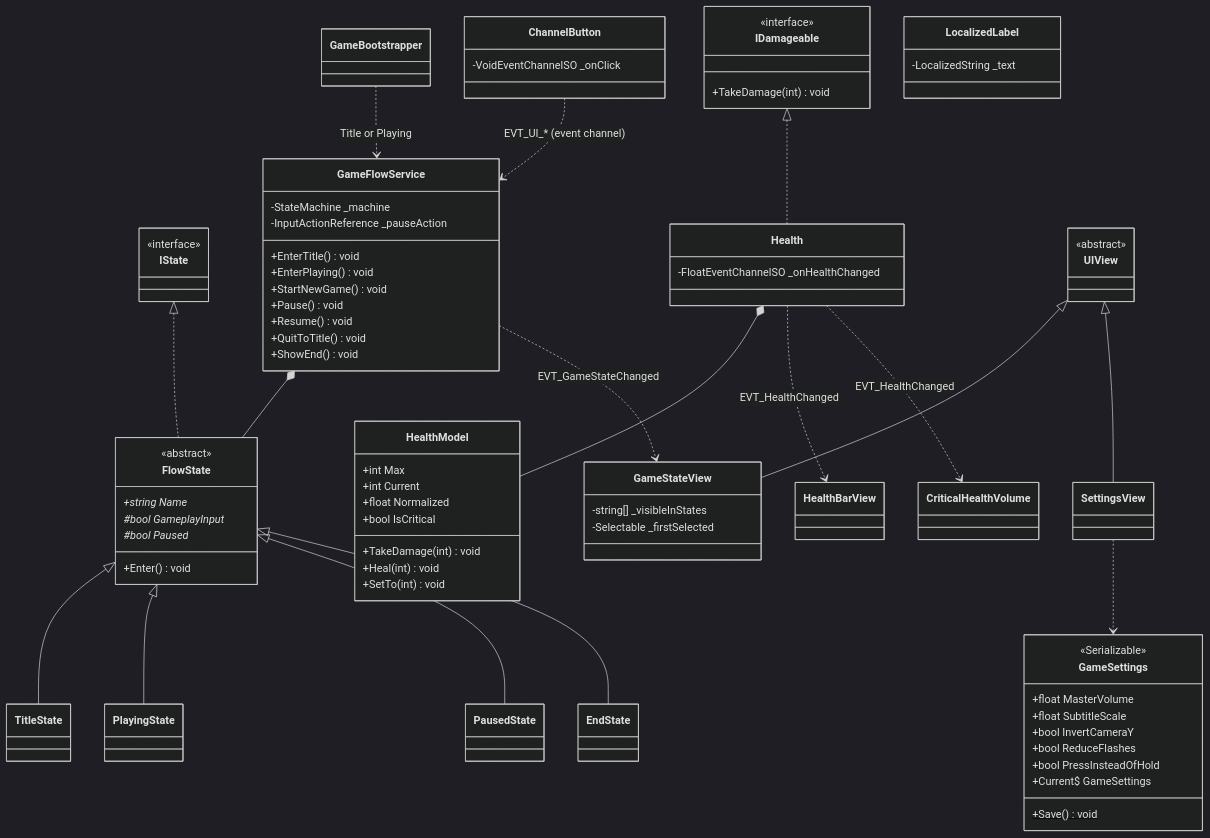
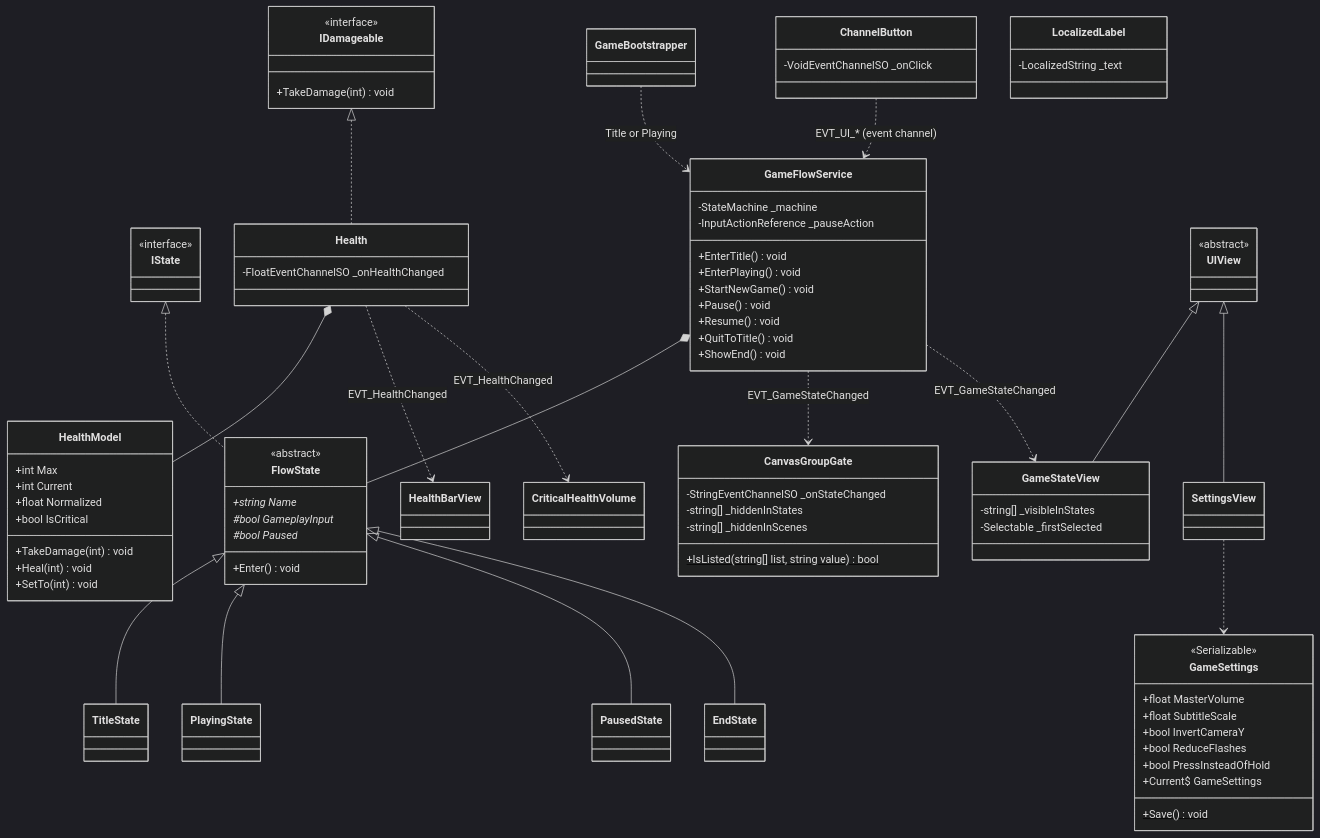
Diagram 11 of 15 in Docs/P1/CLASS_DIAGRAM.md (Seeiwdum/Hollow-Chains), drawn with Mermaid (dark theme) before and after one commit. The commit also changed 7 other files, not shown here.

```diff
--- a/Docs/P1/CLASS_DIAGRAM.md
+++ b/Docs/P1/CLASS_DIAGRAM.md
@@ -731,6 +731,13 @@
     UIView <|-- GameStateView
     UIView <|-- SettingsView
     class HealthBarView
+    class CanvasGroupGate {
+        -StringEventChannelSO _onStateChanged
+        -string[] _hiddenInStates
+        -string[] _hiddenInScenes
+        +IsListed(string[] list, string value)$ bool
+    }
+    GameFlowService ..> CanvasGroupGate : EVT_GameStateChanged
     class ChannelButton {
         -VoidEventChannelSO _onClick
     }
```
